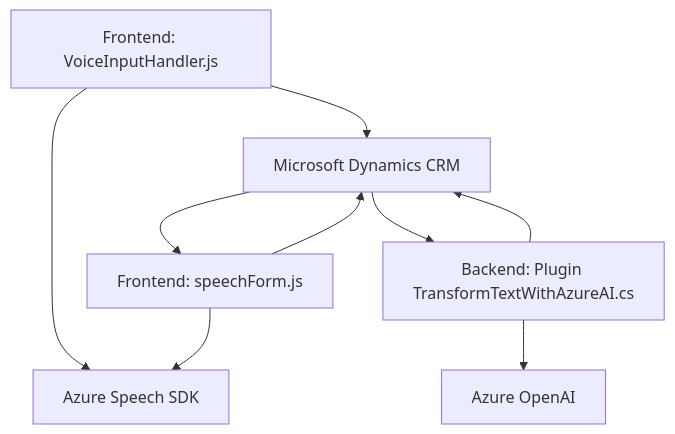
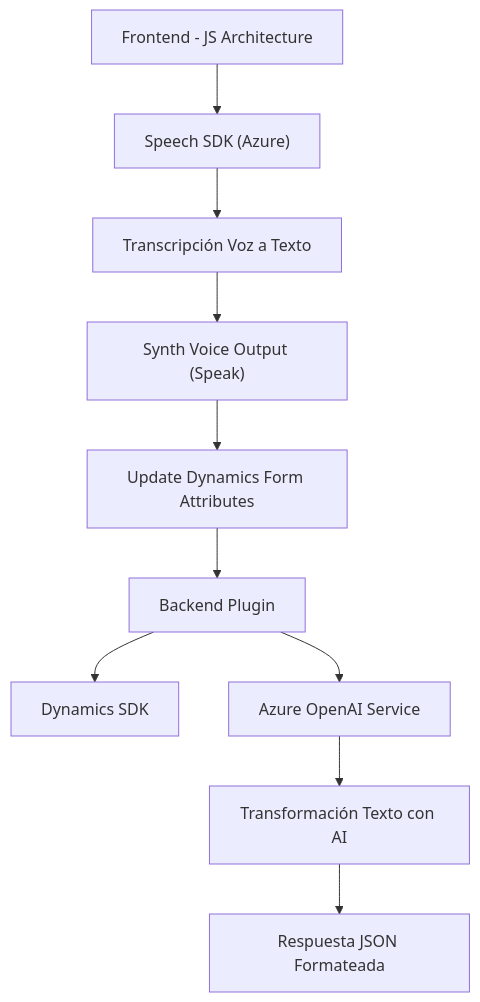
The diagram in README.md (blopezdm/NETCORE_BILBAO2025), drawn with Mermaid before and after one commit. The commit also changed other lines of this file, not shown here.

Commit message:
Actualizar análisis global de la solución con IA

````diff
--- a/README.md
+++ b/README.md
@@ -35,18 +33,23 @@
 ```mermaid
 graph TD
-    A["Frontend: VoiceInputHandler.js"]
-    B["Frontend: speechForm.js"]
-    C["Backend: Plugin TransformTextWithAzureAI.cs"]
-    D["Azure Speech SDK"]
-    E["Microsoft Dynamics CRM"]
-    F["Azure OpenAI"]
-
-    A --> E
-    B --> E
-    A --> D
-    B --> D
-    C --> E
-    C --> F
-    E --> B
-    E --> C
+    A["Frontend - JS Architecture"]
+    B["Speech SDK (Azure)"]
+    C["Transcripción Voz a Texto"]
+    D["Synth Voice Output (Speak)"]
+    F["Update Dynamics Form Attributes"]
+    G["Backend Plugin"]
+    H["Dynamics SDK"]
+    I["Azure OpenAI Service"]
+    J["Transformación Texto con AI"]
+    K["Respuesta JSON Formateada"]
+    
+    A --> B
+    B --> C
+    C --> D
+    D --> F
+    F --> G
+    G --> H
+    G --> I
+    I --> J
+    J --> K
 ```
````
